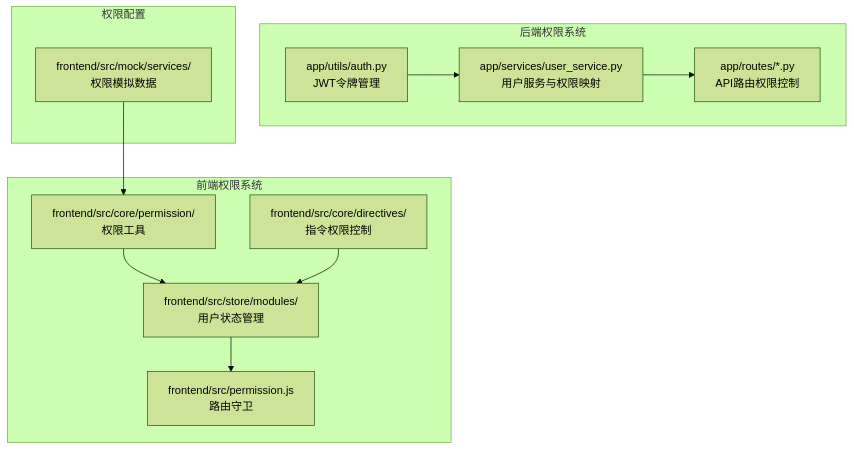
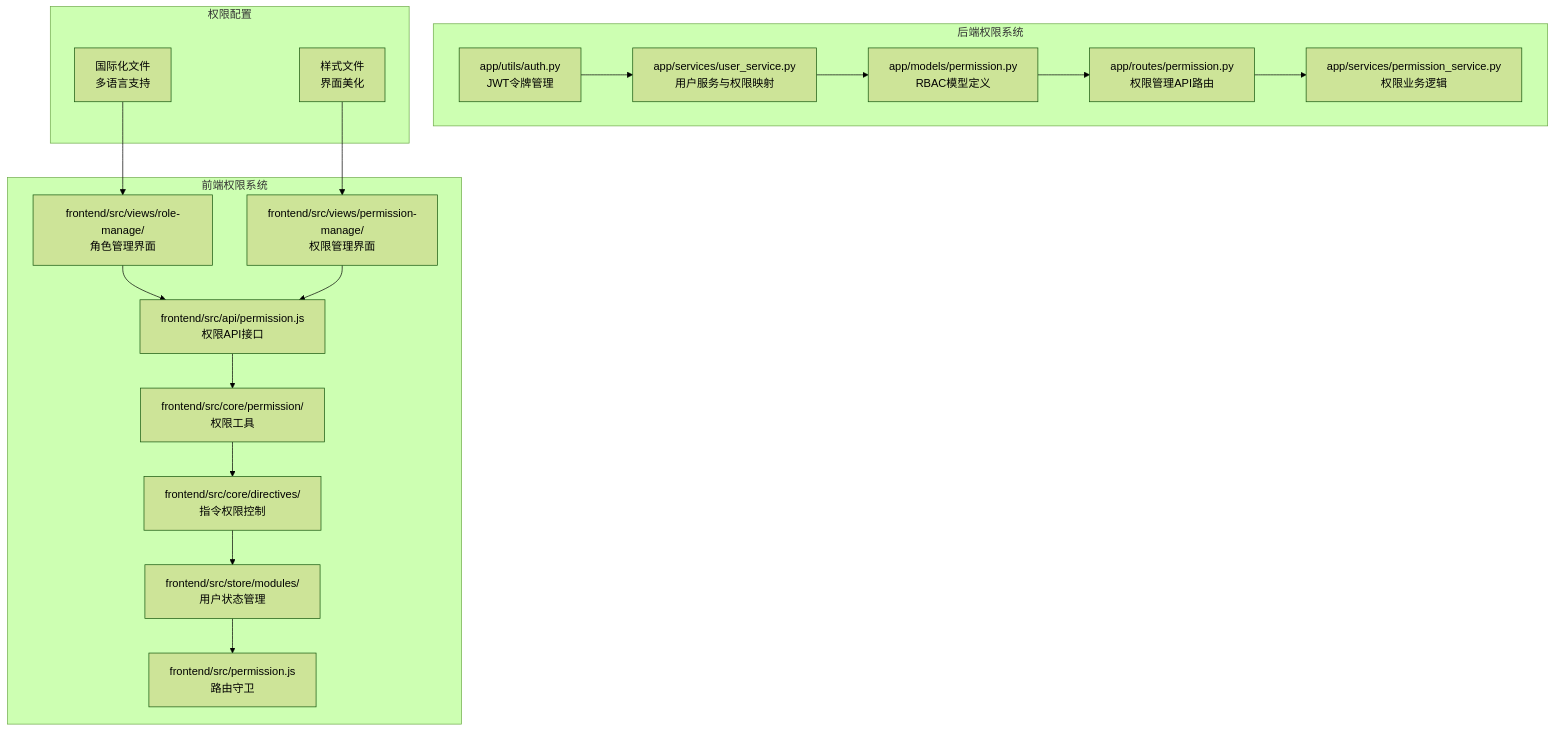
Before and after one commit to joezxh/QuantDinger: the first of 13 diagrams in .qoder/repowiki/zh/content/用户管理与商业化/多用户系统/角色权限系统.md, drawn with Mermaid (forest theme). The commit also changed other lines of this file and 548 other files, not shown here.

````diff
--- a/.qoder/repowiki/zh/content/用户管理与商业化/多用户系统/角色权限系统.md
+++ b/.qoder/repowiki/zh/content/用户管理与商业化/多用户系统/角色权限系统.md
@@ -43,23 +57,35 @@
 ```mermaid
 graph TB
 subgraph "后端权限系统"
 A[app/utils/auth.py<br/>JWT令牌管理]
 B[app/services/user_service.py<br/>用户服务与权限映射]
-C[app/routes/*.py<br/>API路由权限控制]
+C[app/models/permission.py<br/>RBAC模型定义]
+D[app/routes/permission.py<br/>权限管理API路由]
+E[app/services/permission_service.py<br/>权限业务逻辑]
 end
 subgraph "前端权限系统"
-D[frontend/src/core/permission/<br/>权限工具]
-E[frontend/src/core/directives/<br/>指令权限控制]
-F[frontend/src/store/modules/<br/>用户状态管理]
-G[frontend/src/permission.js<br/>路由守卫]
+F[frontend/src/views/role-manage/<br/>角色管理界面]
+G[frontend/src/views/permission-manage/<br/>权限管理界面]
+H[frontend/src/api/permission.js<br/>权限API接口]
+I[frontend/src/core/permission/<br/>权限工具]
+J[frontend/src/core/directives/<br/>指令权限控制]
+K[frontend/src/store/modules/<br/>用户状态管理]
+L[frontend/src/permission.js<br/>路由守卫]
 end
 subgraph "权限配置"
-H[frontend/src/mock/services/<br/>权限模拟数据]
+M[国际化文件<br/>多语言支持]
+N[样式文件<br/>界面美化]
 end
 A --> B
 B --> C
-D --> F
-E --> F
-F --> G
-H --> D
+C --> D
+D --> E
+F --> H
+G --> H
+H --> I
+I --> J
+J --> K
+K --> L
+M --> F
+N --> G
 ```
````
